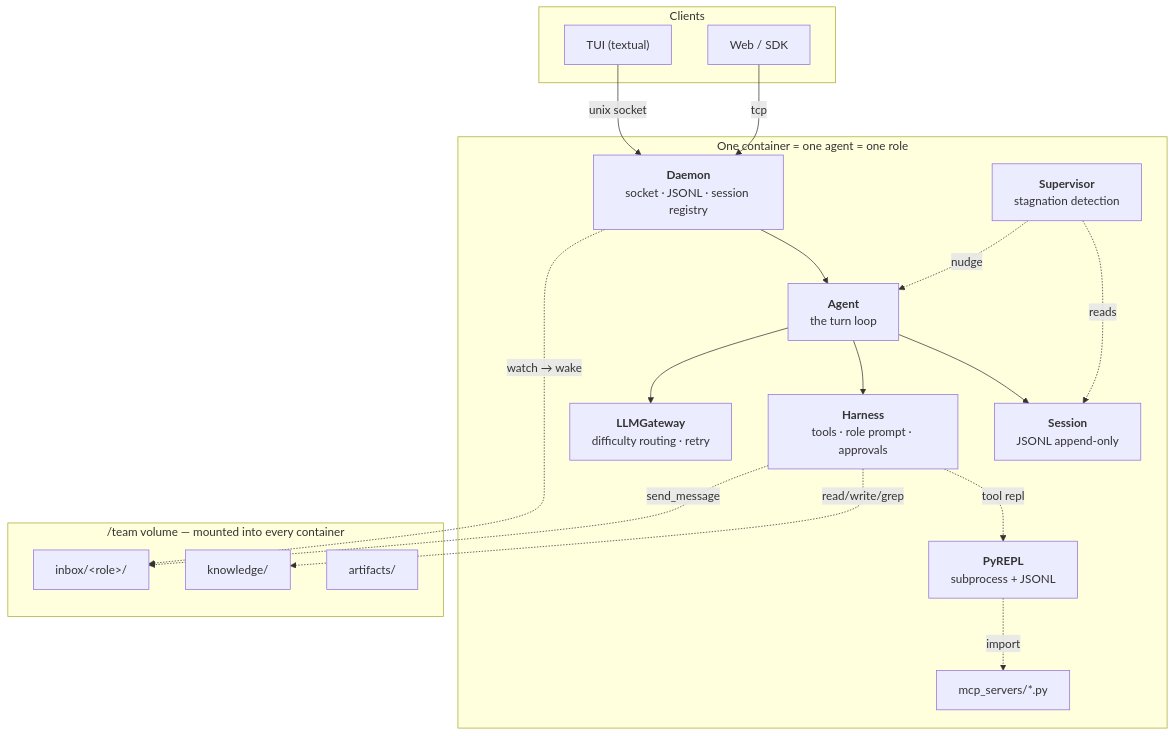
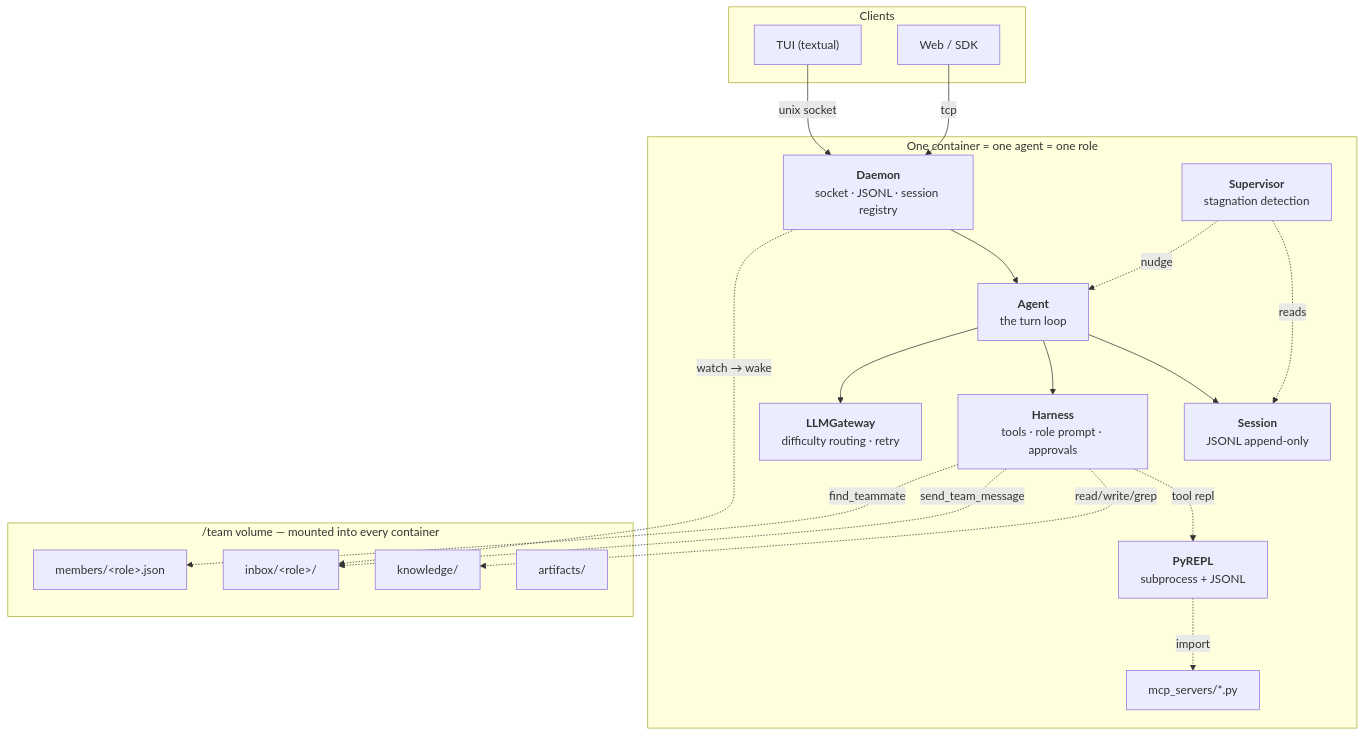
The diagram in docs/architecture/index.md (Ming-doan/stcode), drawn with Mermaid before and after one commit. The commit also changed other lines of this file and 149 other files, not shown here.

````diff
--- a/docs/architecture/index.md
+++ b/docs/architecture/index.md
@@ -23,38 +23,40 @@
 ```mermaid
 flowchart TB
     subgraph clients["Clients"]
         tui["TUI (textual)"]
         web["Web / SDK"]
     end
 
     subgraph container["One container = one agent = one role"]
         daemon["<b>Daemon</b><br/>socket · JSONL · session registry"]
         agent["<b>Agent</b><br/>the turn loop"]
         sup["<b>Supervisor</b><br/>stagnation detection"]
         sess["<b>Session</b><br/>JSONL append-only"]
         harn["<b>Harness</b><br/>tools · role prompt · approvals"]
         gw["<b>LLMGateway</b><br/>difficulty routing · retry"]
         repl["<b>PyREPL</b><br/>subprocess + JSONL"]
 
         daemon --> agent
         agent --> sess
         agent --> harn
         agent --> gw
         sup -.->|reads| sess
         sup -.->|nudge| agent
         harn -.->|tool repl| repl
         repl -.->|import| mcpcode["mcp_servers/*.py"]
     end
 
     subgraph vol["/team volume — mounted into every container"]
         know["knowledge/"]
         inbox["inbox/&lt;role&gt;/"]
+        members["members/&lt;role&gt;.json"]
         arte["artifacts/"]
     end
 
     tui -->|unix socket| daemon
     web -->|tcp| daemon
     harn -.->|read/write/grep| know
-    harn -.->|send_message| inbox
+    harn -.->|send_team_message| inbox
+    harn -.->|find_teammate| members
     daemon -.->|watch → wake| inbox
 ```
````
